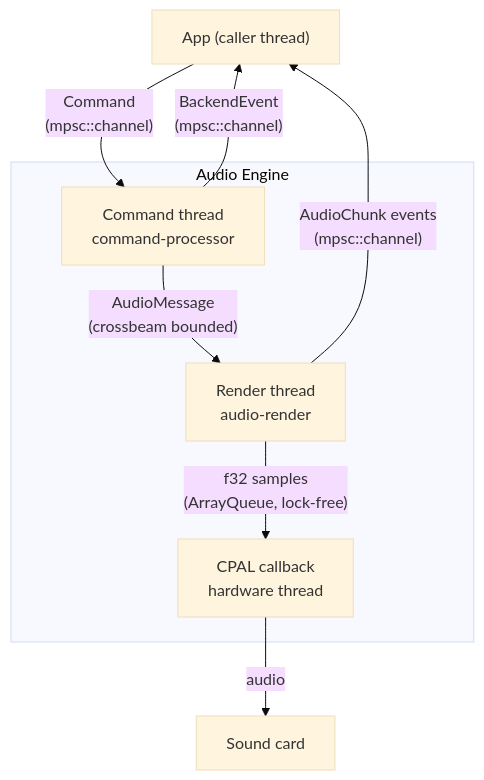
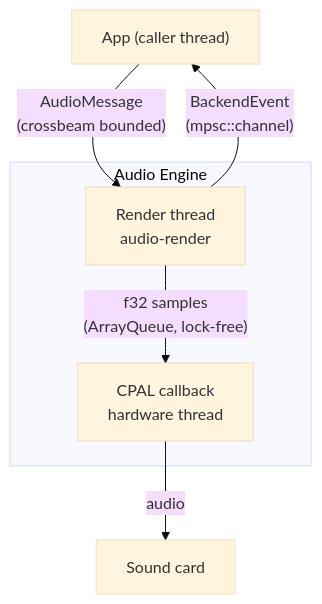
Before and after one commit to MinIndustry/treble-core: the first of 2 diagrams in README.md, drawn with Mermaid (base theme). The commit also changed other lines of this file and 31 other files, not shown here.

Commit message:
[Add] pan filter + graph handling commands

````diff
--- a/README.md
+++ b/README.md
@@ -20,18 +19,15 @@
 ```mermaid
 flowchart TD
     App["App (caller thread)"]
 
     subgraph engine["Audio Engine"]
-        CT["Command thread\ncommand-processor"]
         RT["Render thread\naudio-render"]
         CB["CPAL callback\nhardware thread"]
     end
 
-    App -->|"Command\n(mpsc::channel)"| CT
-    CT -->|"AudioMessage\n(crossbeam bounded)"| RT
-    RT -->|"AudioChunk events\n(mpsc::channel)"| App
-    CT -->|"BackendEvent\n(mpsc::channel)"| App
+    App -->|"AudioMessage\n(crossbeam bounded)"| RT
+    RT -->|"BackendEvent\n(mpsc::channel)"| App
 
     RT -->|"f32 samples\n(ArrayQueue, lock-free)"| CB
     CB -->|audio| HW["Sound card"]
 ```
````
